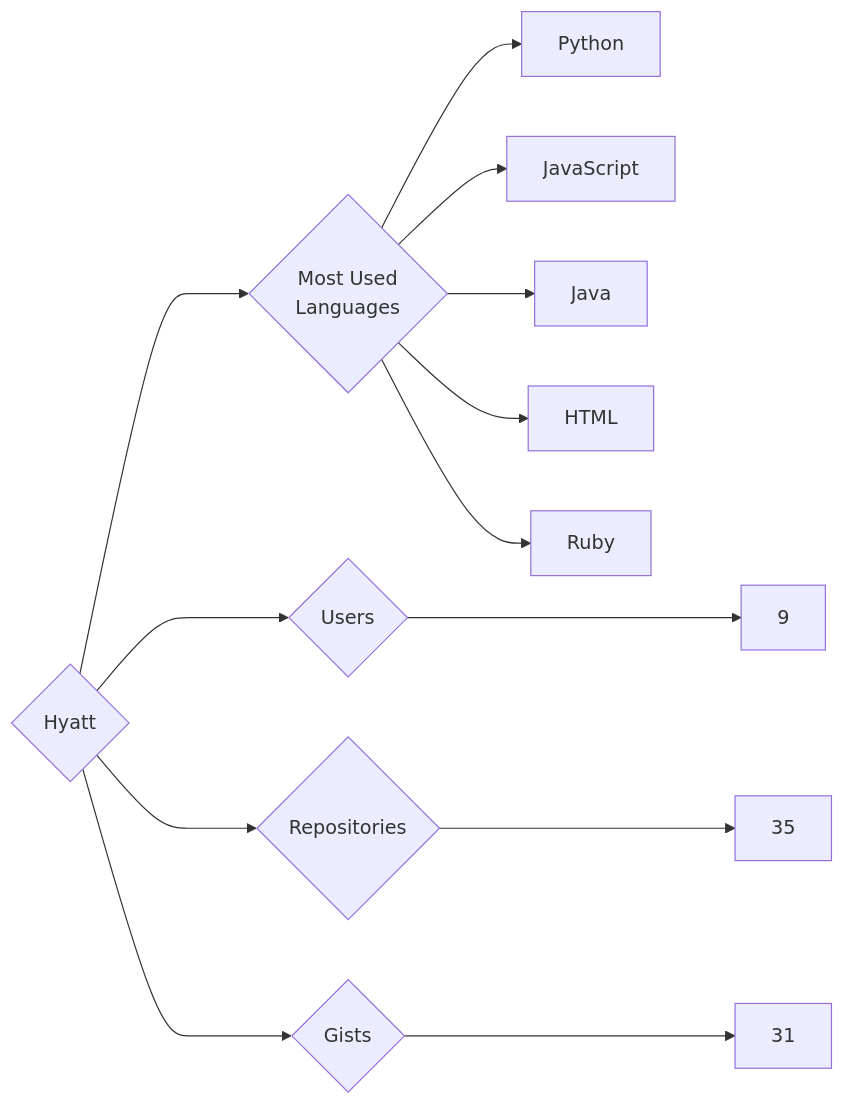
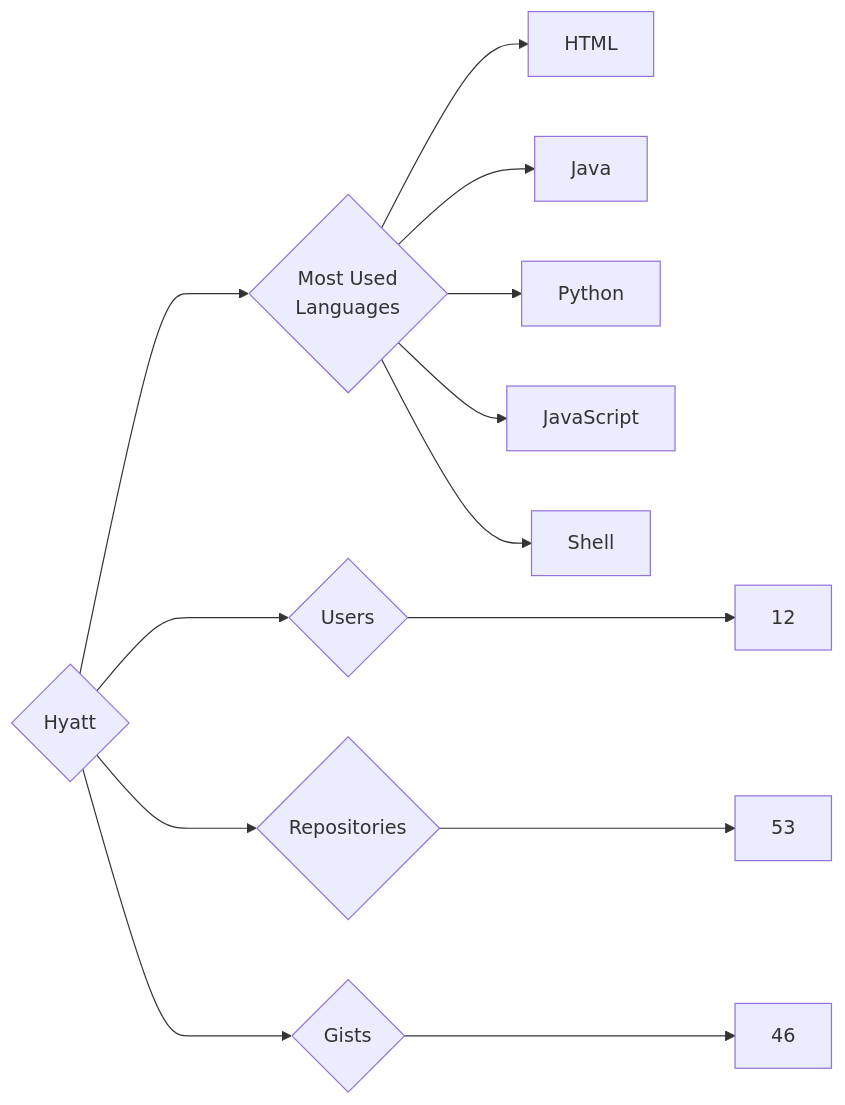
Before and after one commit to trickest/insiders: the diagram in targets/Hyatt/README.md, drawn with Mermaid. The commit also changed 837 other files, not shown here.

````diff
--- a/targets/Hyatt/README.md
+++ b/targets/Hyatt/README.md
@@ -3,13 +3,13 @@
 ```mermaid
 graph LR
 COMPANY_NAME{Hyatt}
-COMPANY_NAME ---> U{Users} ---> UN[9]
-COMPANY_NAME ---> R{Repositories} ---> RN[35]
-COMPANY_NAME ---> G{Gists} ---> GN[31]
+COMPANY_NAME ---> U{Users} ---> UN[12]
+COMPANY_NAME ---> R{Repositories} ---> RN[53]
+COMPANY_NAME ---> G{Gists} ---> GN[46]
 COMPANY_NAME ---> ML{Most Used<br>Languages}
+ML --> HTML[HTML]
+ML --> Java[Java]
 ML --> Python[Python]
 ML --> JavaScript[JavaScript]
-ML --> Java[Java]
-ML --> HTML[HTML]
-ML --> Ruby[Ruby]
+ML --> Shell[Shell]
 ```
````
